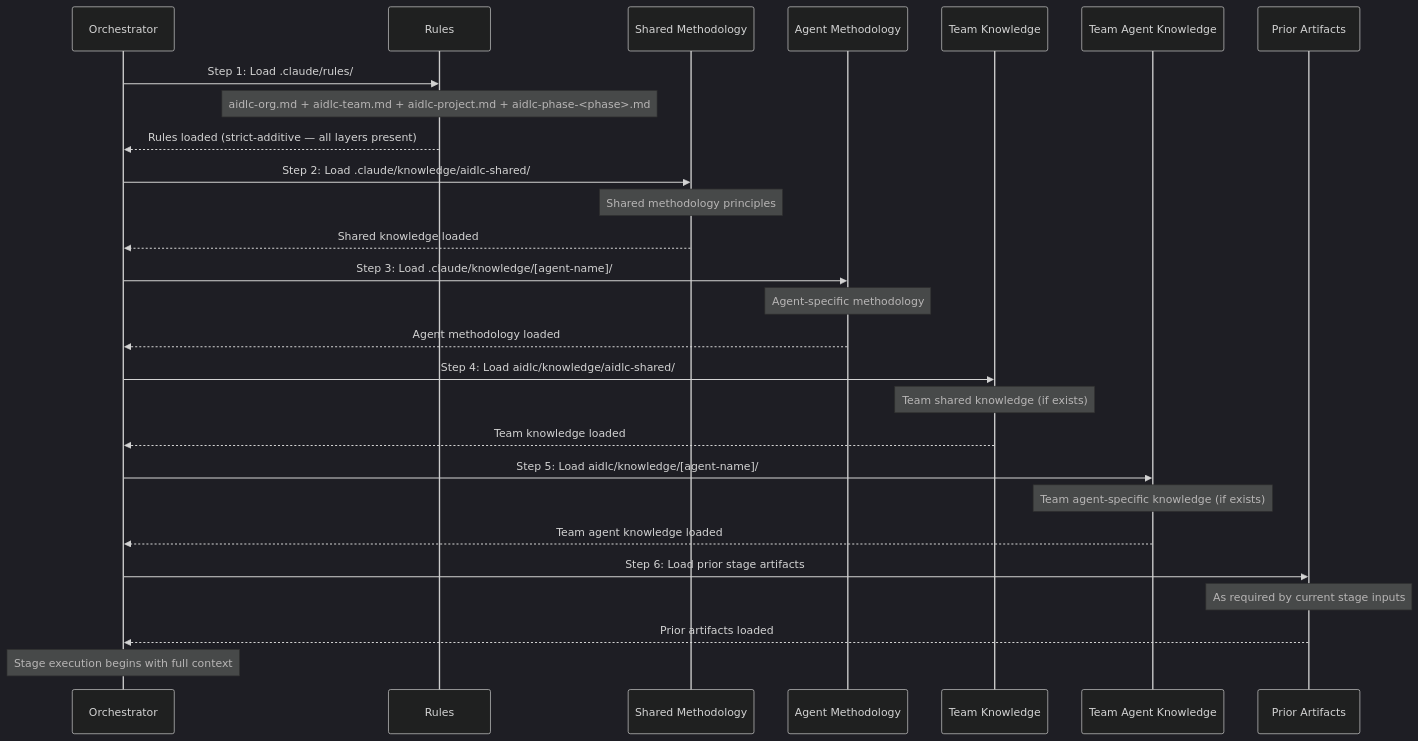
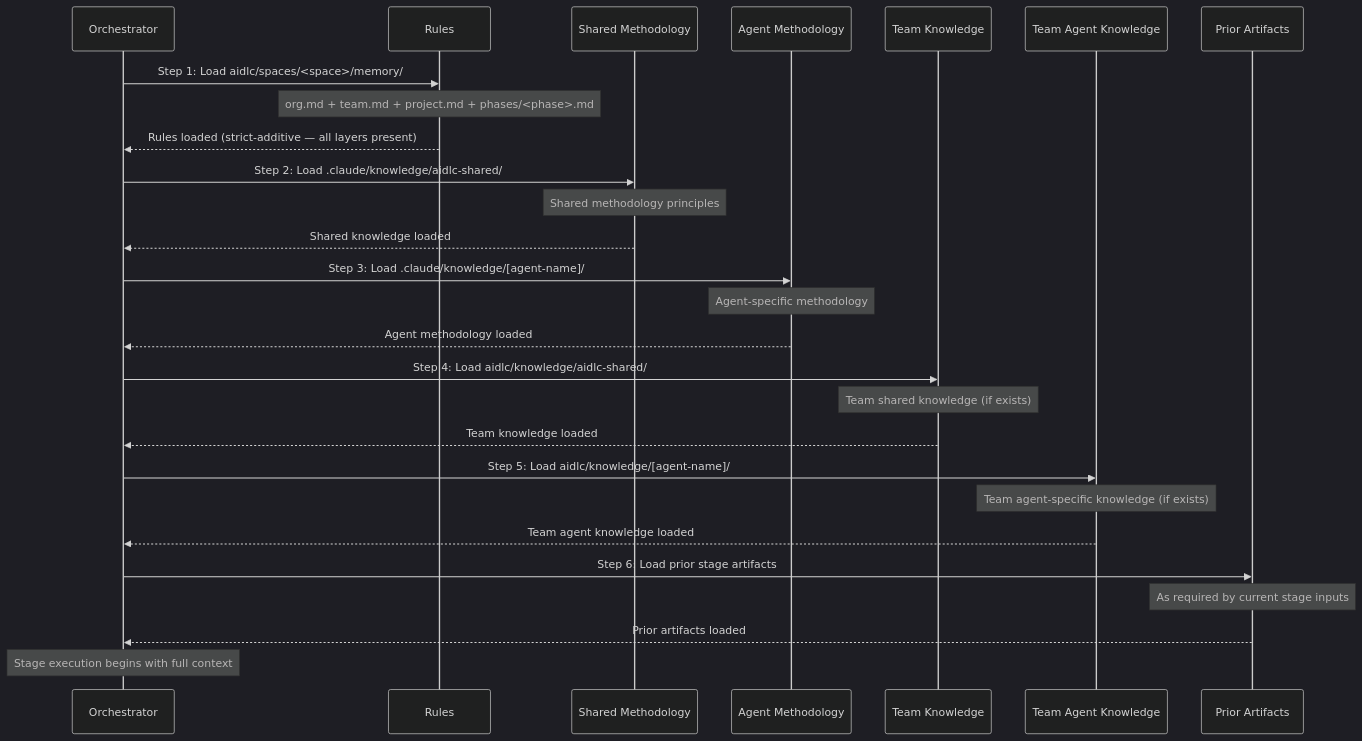
The diagram in docs/reference/10-knowledge-system.md (awslabs/aidlc-workflows), drawn with Mermaid (dark theme) before and after one commit. The commit also changed other lines of this file and 169 other files, not shown here.

````diff
--- a/docs/reference/10-knowledge-system.md
+++ b/docs/reference/10-knowledge-system.md
@@ -70,36 +70,36 @@
 ```mermaid
 sequenceDiagram
     participant O as Orchestrator
     participant G as Rules
     participant SM as Shared Methodology
     participant AM as Agent Methodology
     participant TK as Team Knowledge
     participant TAK as Team Agent Knowledge
     participant PA as Prior Artifacts
 
-    O->>G: Step 1: Load .claude/rules/
-    Note over G: aidlc-org.md + aidlc-team.md + aidlc-project.md + aidlc-phase-<phase>.md
+    O->>G: Step 1: Load aidlc/spaces/<space>/memory/
+    Note over G: org.md + team.md + project.md + phases/<phase>.md
     G-->>O: Rules loaded (strict-additive — all layers present)
 
     O->>SM: Step 2: Load .claude/knowledge/aidlc-shared/
     Note over SM: Shared methodology principles
     SM-->>O: Shared knowledge loaded
 
     O->>AM: Step 3: Load .claude/knowledge/[agent-name]/
     Note over AM: Agent-specific methodology
     AM-->>O: Agent methodology loaded
 
     O->>TK: Step 4: Load aidlc/knowledge/aidlc-shared/
     Note over TK: Team shared knowledge (if exists)
     TK-->>O: Team knowledge loaded
 
     O->>TAK: Step 5: Load aidlc/knowledge/[agent-name]/
     Note over TAK: Team agent-specific knowledge (if exists)
     TAK-->>O: Team agent knowledge loaded
 
     O->>PA: Step 6: Load prior stage artifacts
     Note over PA: As required by current stage inputs
     PA-->>O: Prior artifacts loaded
 
     Note over O: Stage execution begins with full context
 ```
````
